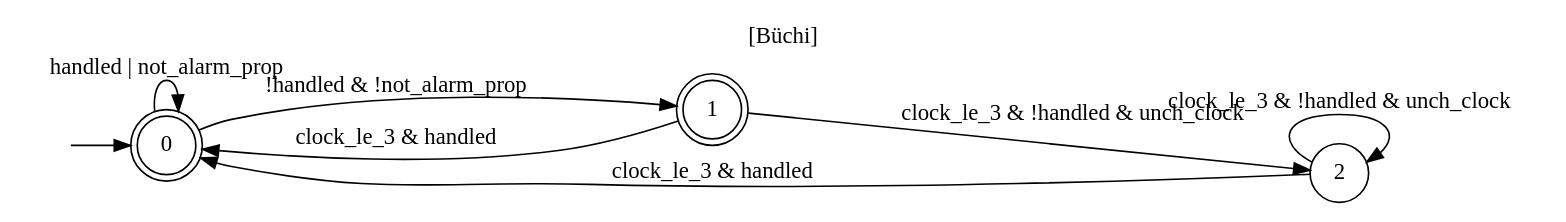
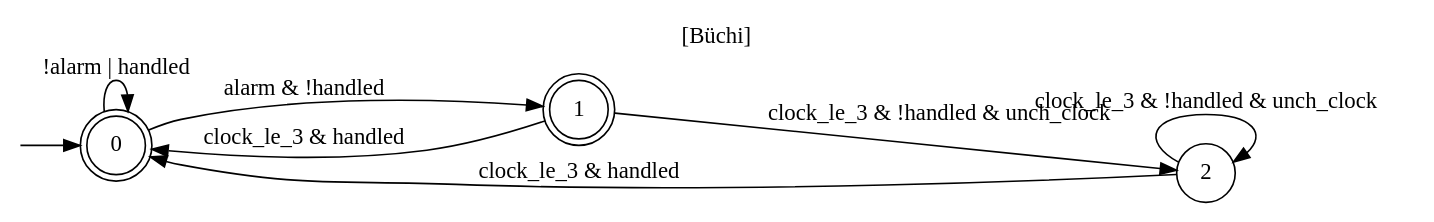
The diagram in examples/spot/alarm_response_backend.dot (efares1/rocq-mtl-to-tba-translation), drawn with Graphviz before and after one commit. The commit also changed 10 other files, not shown here.

```diff
--- a/examples/spot/alarm_response_backend.dot
+++ b/examples/spot/alarm_response_backend.dot
@@ -1,17 +1,17 @@
-digraph "G(handled | not_alarm_prop | X((clock_le_3 & unch_clock) U (clock_le_3 & handled)))" {
+digraph "G(!alarm | handled | X((clock_le_3 & unch_clock) U (clock_le_3 & handled)))" {
   rankdir=LR
   label="[Büchi]"
   labelloc="t"
   node [shape="circle"]
   I [label="", style=invis, width=0]
   I -> 0
   0 [label="0", peripheries=2]
-  0 -> 0 [label="handled | not_alarm_prop"]
-  0 -> 1 [label="!handled & !not_alarm_prop"]
+  0 -> 0 [label="!alarm | handled"]
+  0 -> 1 [label="alarm & !handled"]
   1 [label="1", peripheries=2]
   1 -> 0 [label="clock_le_3 & handled"]
   1 -> 2 [label="clock_le_3 & !handled & unch_clock"]
   2 [label="2"]
   2 -> 0 [label="clock_le_3 & handled"]
   2 -> 2 [label="clock_le_3 & !handled & unch_clock"]
 }
```
